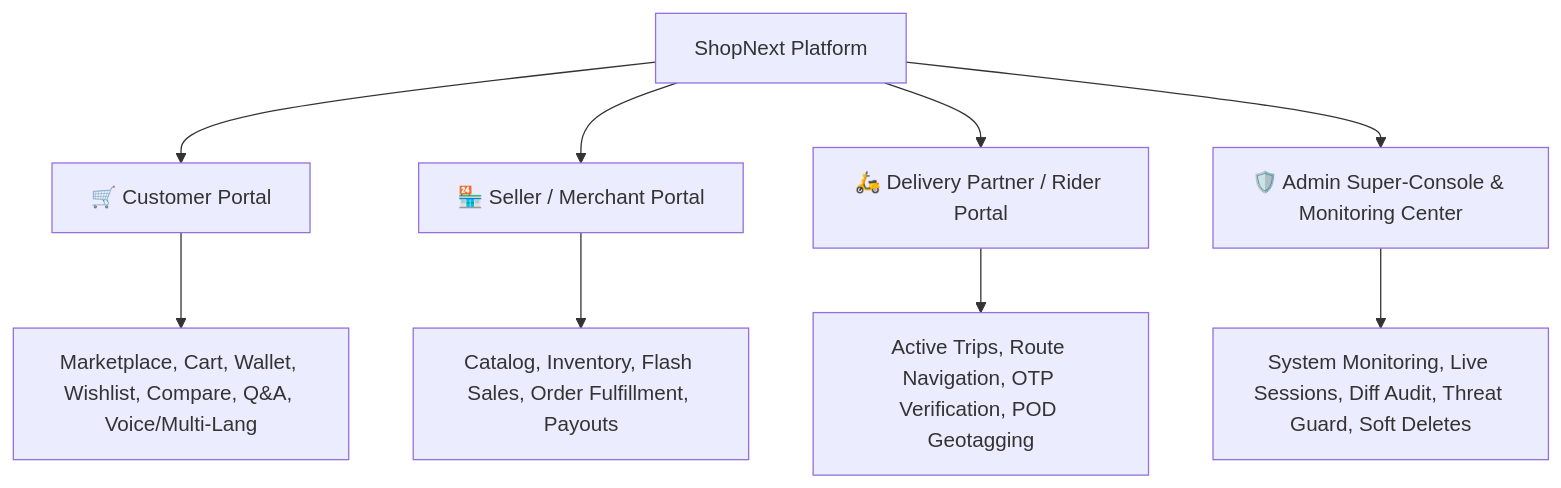
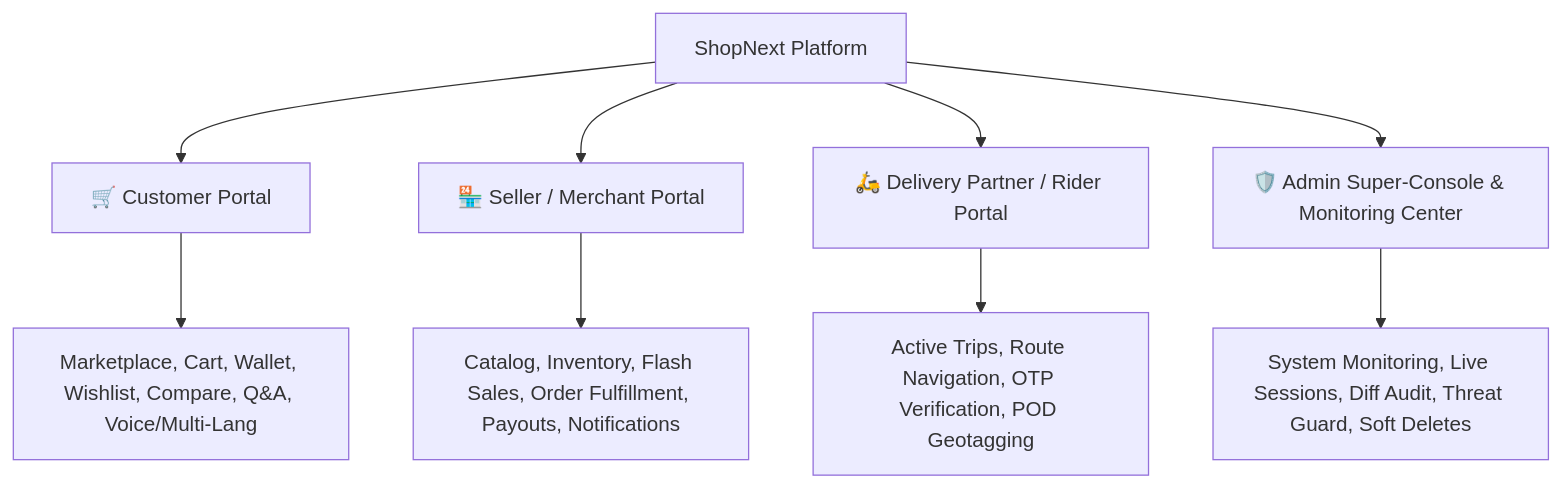
The diagram in ShopNext/README.md (pra2011shant/ShopNext), drawn with Mermaid before and after one commit. The commit also changed other lines of this file and 10 other files, not shown here.

````diff
--- a/ShopNext/README.md
+++ b/ShopNext/README.md
@@ -80,12 +105,12 @@
 ```mermaid
 graph TD
     A[ShopNext Platform] --> B[🛒 Customer Portal]
     A --> C[🏪 Seller / Merchant Portal]
     A --> D[🛵 Delivery Partner / Rider Portal]
     A --> E[🛡️ Admin Super-Console & Monitoring Center]
 
     B --> B1[Marketplace, Cart, Wallet, Wishlist, Compare, Q&A, Voice/Multi-Lang]
-    C --> C1[Catalog, Inventory, Flash Sales, Order Fulfillment, Payouts]
+    C --> C1[Catalog, Inventory, Flash Sales, Order Fulfillment, Payouts, Notifications]
     D --> D1[Active Trips, Route Navigation, OTP Verification, POD Geotagging]
     E --> E1[System Monitoring, Live Sessions, Diff Audit, Threat Guard, Soft Deletes]
 ```
````
